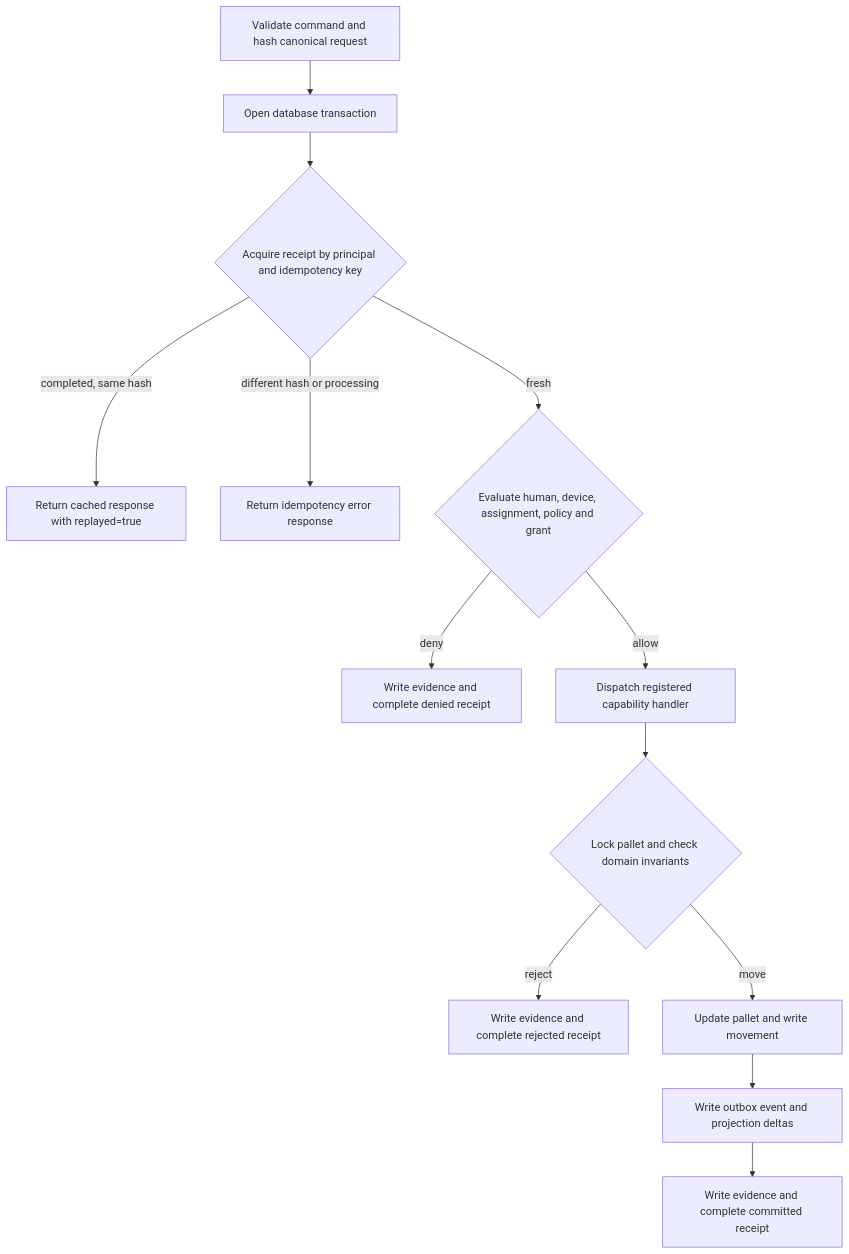
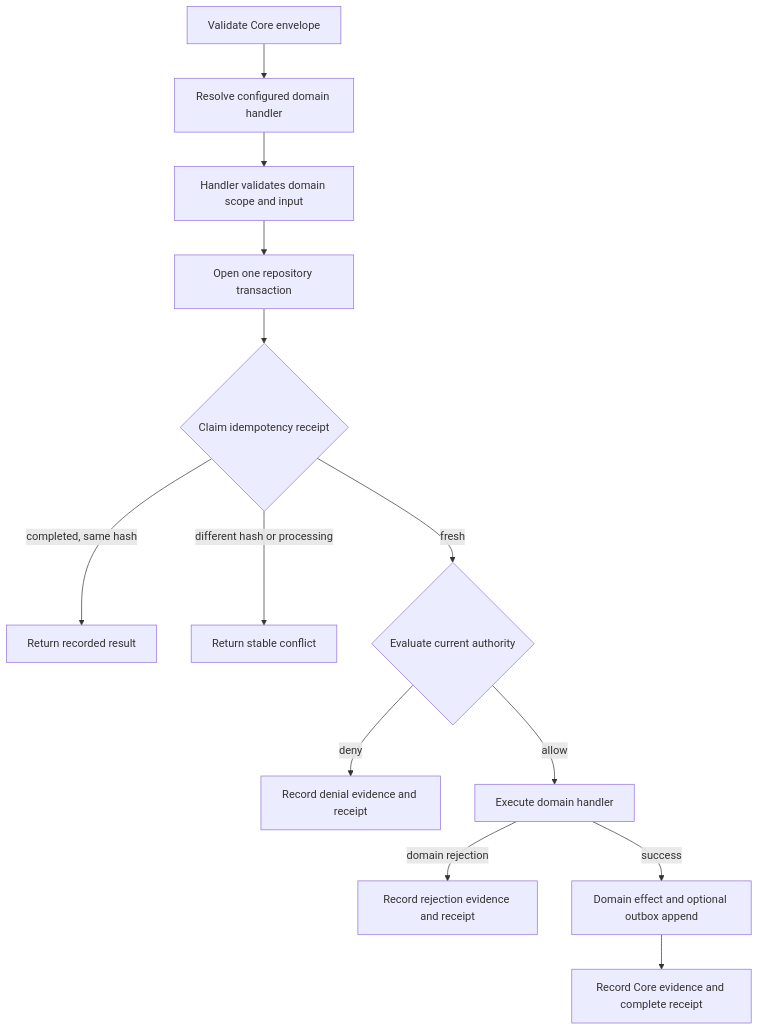
The second of 2 diagrams in docs/technical/core-kernel/README.md (fderyckel/actualis), drawn with Mermaid before and after one commit. The commit also changed other lines of this file and 57 other files, not shown here.

First line of the commit message:
feat: add move pallet tests and supporting infrastructure

````diff
--- a/docs/technical/core-kernel/README.md
+++ b/docs/technical/core-kernel/README.md
@@ -51,15 +75,15 @@
 ```mermaid
 flowchart TD
-  C["Validate command and hash canonical request"] --> T["Open database transaction"]
-  T --> R{"Acquire receipt by principal and idempotency key"}
-  R -->|"completed, same hash"| CACHE["Return cached response with replayed=true"]
-  R -->|"different hash or processing"| IDEMP["Return idempotency error response"]
-  R -->|"fresh"| A{"Evaluate human, device, assignment, policy and grant"}
-  A -->|"deny"| DENY["Write evidence and complete denied receipt"]
-  A -->|"allow"| H["Dispatch registered capability handler"]
-  H --> M{"Lock pallet and check domain invariants"}
-  M -->|"reject"| REJECT["Write evidence and complete rejected receipt"]
-  M -->|"move"| EFFECTS["Update pallet and write movement"]
-  EFFECTS --> EVENT["Write outbox event and projection deltas"]
-  EVENT --> EVIDENCE["Write evidence and complete committed receipt"]
+  C["Validate Core envelope"] --> R["Resolve configured domain handler"]
+  R --> D["Handler validates domain scope and input"]
+  D --> T["Open one repository transaction"]
+  T --> I{"Claim idempotency receipt"}
+  I -->|"completed, same hash"| CACHE["Return recorded result"]
+  I -->|"different hash or processing"| CONFLICT["Return stable conflict"]
+  I -->|"fresh"| A{"Evaluate current authority"}
+  A -->|"deny"| DENY["Record denial evidence and receipt"]
+  A -->|"allow"| H["Execute domain handler"]
+  H -->|"domain rejection"| REJECT["Record rejection evidence and receipt"]
+  H -->|"success"| EFFECT["Domain effect and optional outbox append"]
+  EFFECT --> EVIDENCE["Record Core evidence and complete receipt"]
 ```
````
